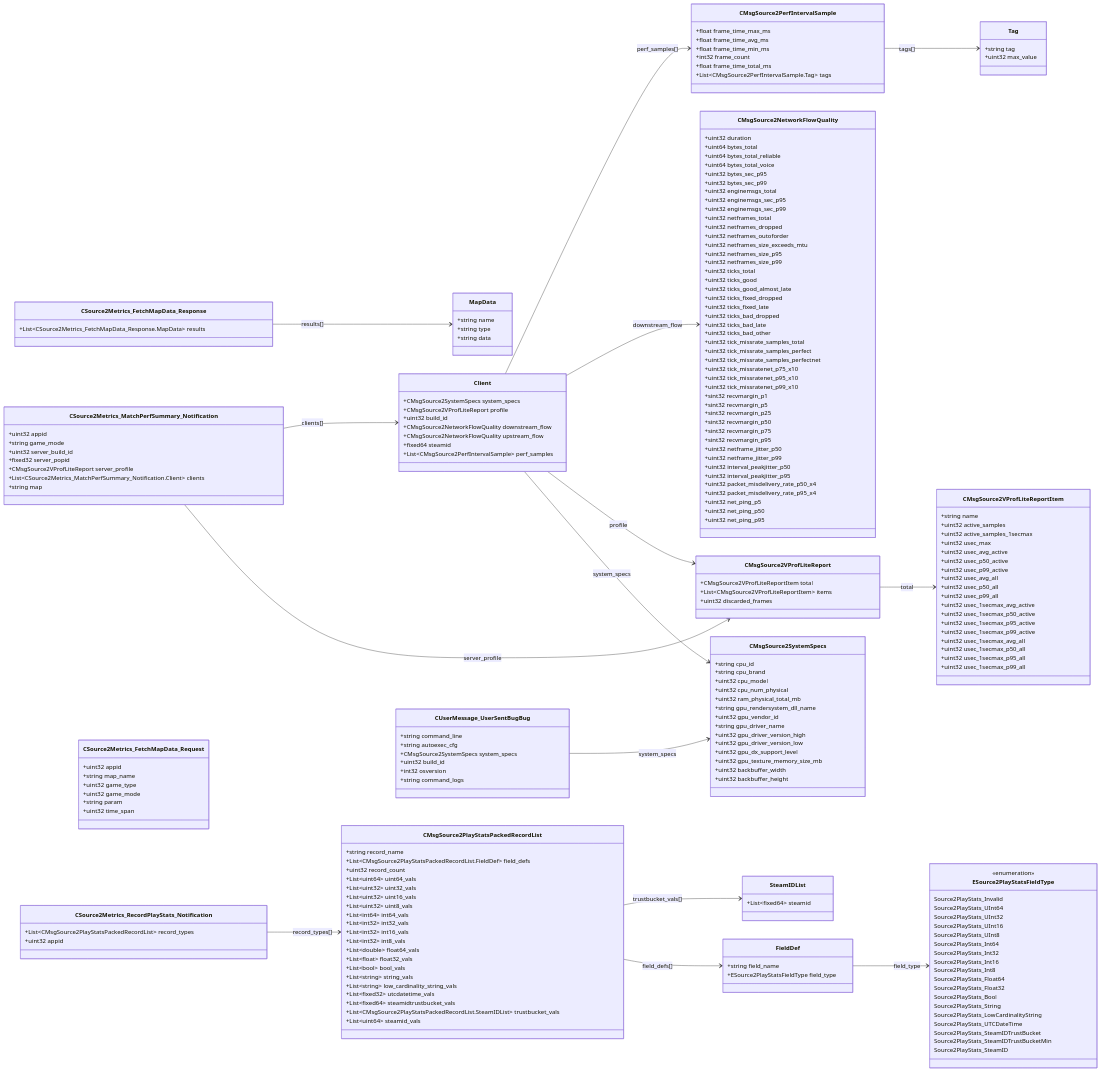
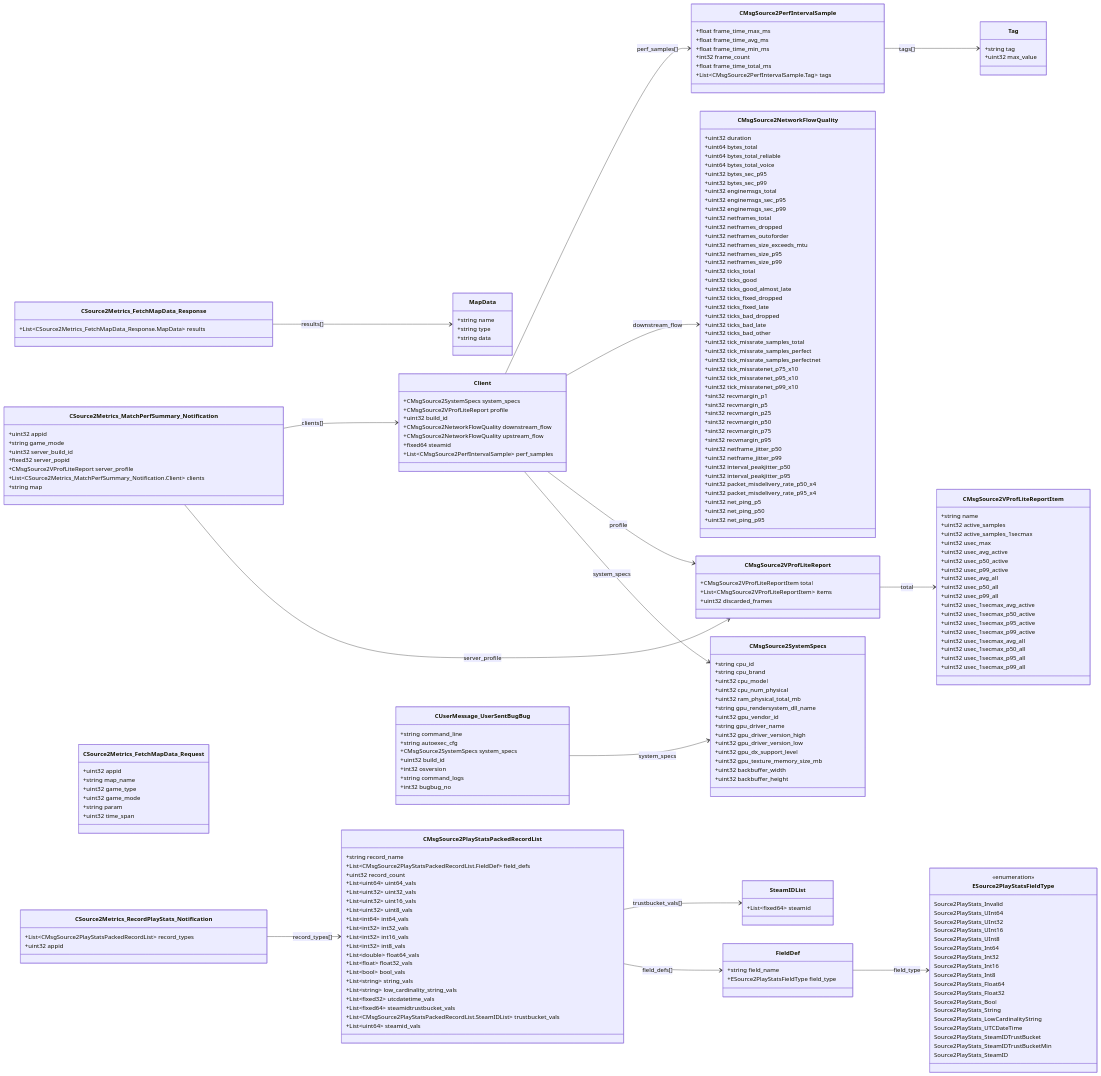
One commit to CS2OpenDev/CS2OpenDev-Docs changed the diagram in docs/generated/proto/source2_steam_stats.md. Above: the diagram before and after it, drawn with Mermaid. The commit also changed other lines of this file and 140 other files, not shown here.

First line of the commit message:
wip: SchemaTracker migration, Schema Lens spec, and coverage-gap analysis

```diff
--- a/docs/generated/proto/source2_steam_stats.md
+++ b/docs/generated/proto/source2_steam_stats.md
@@ -201,6 +201,7 @@
     +uint32 build_id
     +int32 osversion
     +string command_logs
+    +int32 bugbug_no
   }
 
   CMsgSource2VProfLiteReport --> CMsgSource2VProfLiteReportItem : total
```
